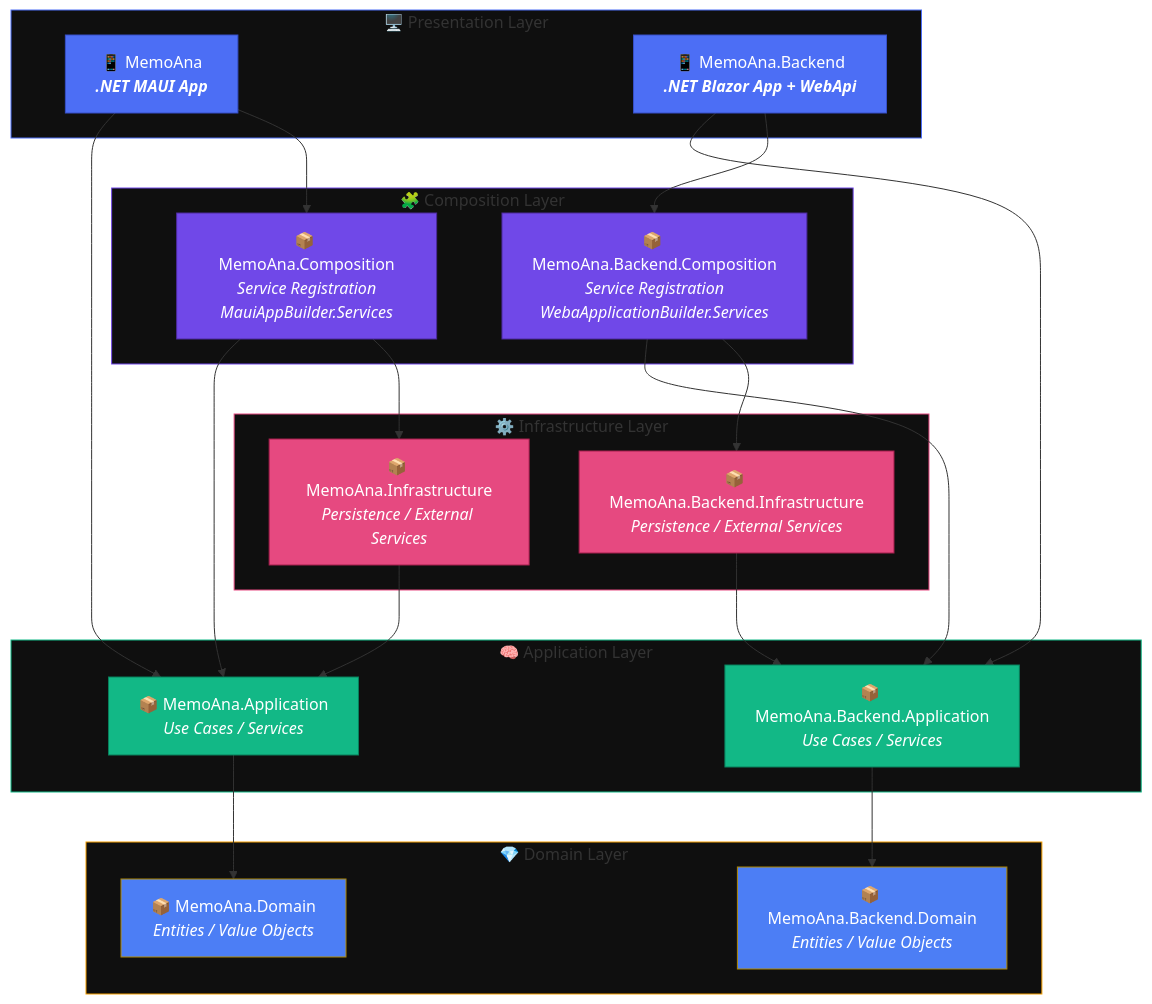
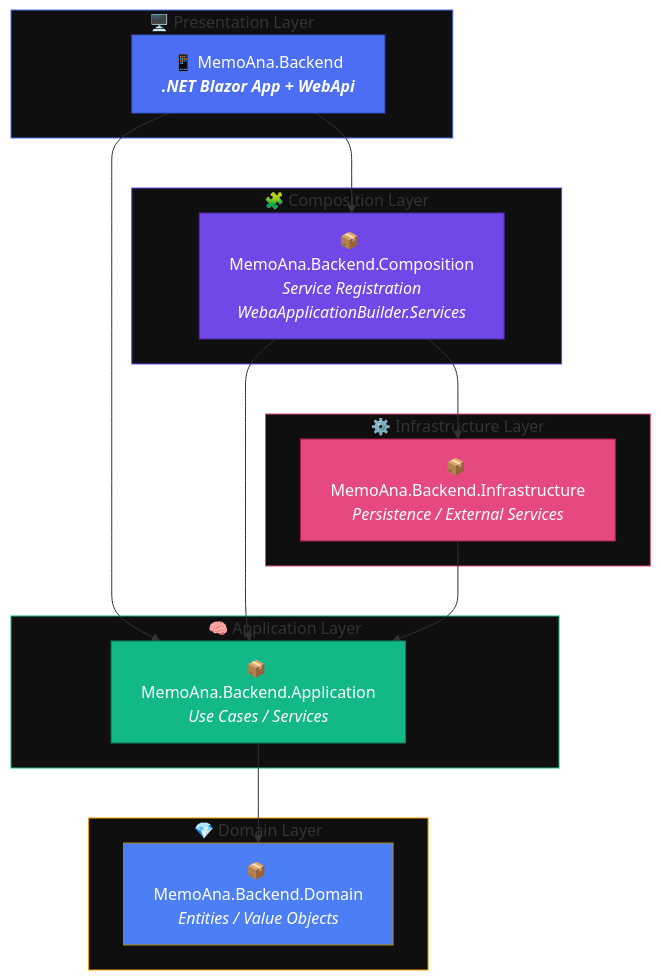
The diagram in docs/project-architecture.md (weslleymurdock/MemoAna), drawn with Mermaid before and after one commit. The commit also changed other lines of this file and 35 other files, not shown here.

````diff
--- a/docs/project-architecture.md
+++ b/docs/project-architecture.md
@@ -27,67 +23,48 @@
 ```mermaid
 %%{init: {"flowchart": {"curve": "basis", "nodeSpacing": 50, "rankSpacing": 50}} }%%
 graph TD
 
     subgraph L1["🖥️ Presentation Layer"]
-        MemoAna["📱 MemoAna<br/><b><i>.NET MAUI App</i></b>"]
         MemoAna_Backend["📱 MemoAna.Backend<br/><b><i>.NET Blazor App + WebApi</i></b>"]
     end
     subgraph L2["🧩 Composition Layer"]
-        MemoAna_Composition["📦 MemoAna.Composition<br/><i>Service Registration<br/>MauiAppBuilder.Services</i>"]
         MemoAna_Backend_Composition["📦 MemoAna.Backend.Composition<br/><i>Service Registration<br/>WebaApplicationBuilder.Services</i>"]
     end
 
     subgraph L3["⚙️ Infrastructure Layer"]
-        MemoAna_Infrastructure["📦 MemoAna.Infrastructure<br/><i>Persistence / External Services</i>"]
         MemoAna_Backend_Infrastructure["📦 MemoAna.Backend.Infrastructure<br/><i>Persistence / External Services</i>"]
     end
 
     subgraph L4["🧠 Application Layer"]
-        MemoAna_Application["📦 MemoAna.Application<br/><i>Use Cases / Services</i>"]
         MemoAna_Backend_Application["📦 MemoAna.Backend.Application<br/><i>Use Cases / Services</i>"]
     end
 
     subgraph L5["💎 Domain Layer"]
-        MemoAna_Domain["📦 MemoAna.Domain<br/><i>Entities / Value Objects</i>"]
         MemoAna_Backend_Domain["📦 MemoAna.Backend.Domain<br/><i>Entities / Value Objects</i>"]
     end
-
-    MemoAna --> MemoAna_Application
-    MemoAna --> MemoAna_Composition
-    MemoAna_Composition --> MemoAna_Application
-    MemoAna_Composition --> MemoAna_Infrastructure
-    MemoAna_Infrastructure --> MemoAna_Application
-    MemoAna_Application --> MemoAna_Domain
 
     MemoAna_Backend --> MemoAna_Backend_Application
     MemoAna_Backend --> MemoAna_Backend_Composition
     MemoAna_Backend_Composition --> MemoAna_Backend_Application
     MemoAna_Backend_Composition --> MemoAna_Backend_Infrastructure
     MemoAna_Backend_Infrastructure --> MemoAna_Backend_Application
     MemoAna_Backend_Application --> MemoAna_Backend_Domain
 
-
     classDef presentation fill:#4C6EF5,stroke:#364FC7,color:#fff,stroke-width:1px;
     classDef composition fill:#7048E8,stroke:#4C2A9C,color:#fff,stroke-width:1px;
     classDef infra fill:#E64980,stroke:#A61E4D,color:#fff,stroke-width:1px;
     classDef application fill:#12B886,stroke:#087F5B,color:#fff,stroke-width:1px;
     classDef domain fill:#4C7EF5,stroke:#B08900,color:#fff,stroke-width:1px;
-
-    class MemoAna presentation;
-    class MemoAna_Composition composition;
-    class MemoAna_Infrastructure infra;
-    class MemoAna_Application application;
-    class MemoAna_Domain domain;
 
     class MemoAna_Backend presentation;
     class MemoAna_Backend_Composition composition;
     class MemoAna_Backend_Infrastructure infra;
     class MemoAna_Backend_Application application;
     class MemoAna_Backend_Domain domain;
 
     style L1 fill:#0f0f0f,stroke:#4C6EF5,stroke-width:1px
     style L2 fill:#0f0f0f,stroke:#7048E8,stroke-width:1px
     style L3 fill:#0f0f0f,stroke:#E64980,stroke-width:1px
     style L4 fill:#0f0f0F,stroke:#12B886,stroke-width:1px
     style L5 fill:#0f0f0f,stroke:#F59F00,stroke-width:1px
 ```
````
